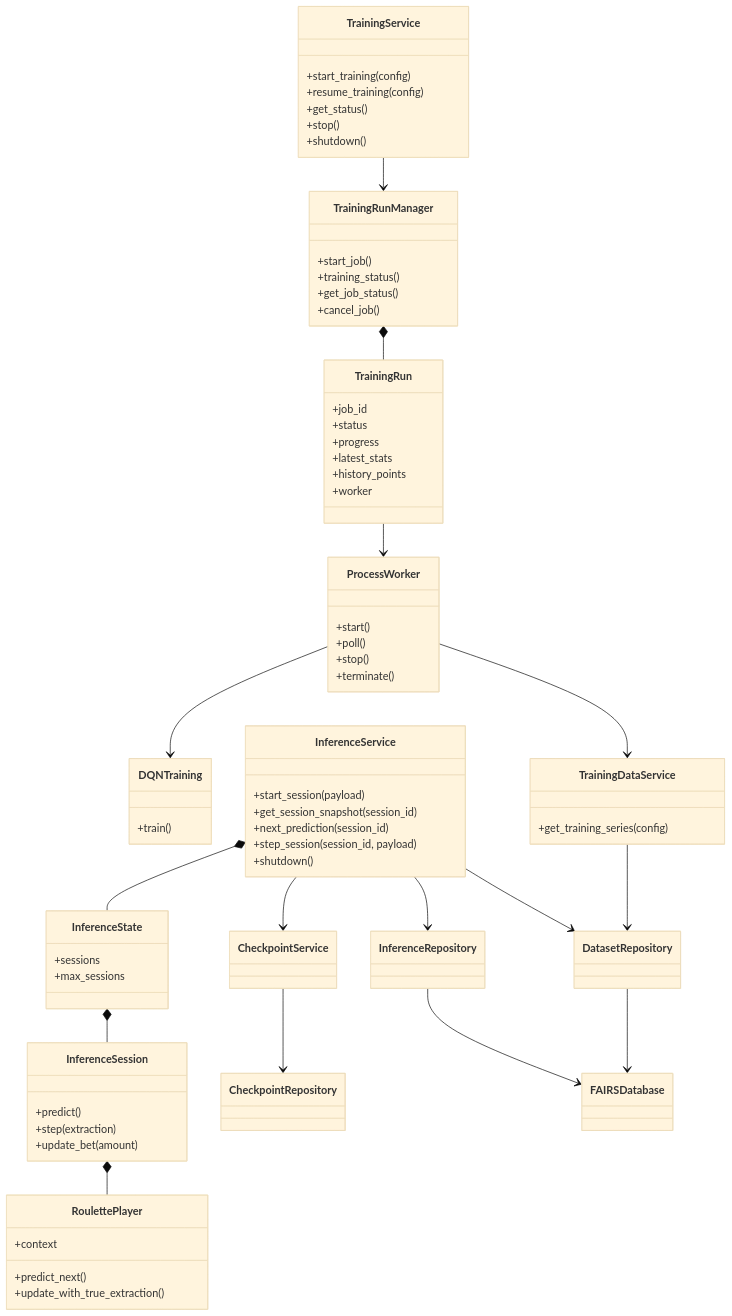
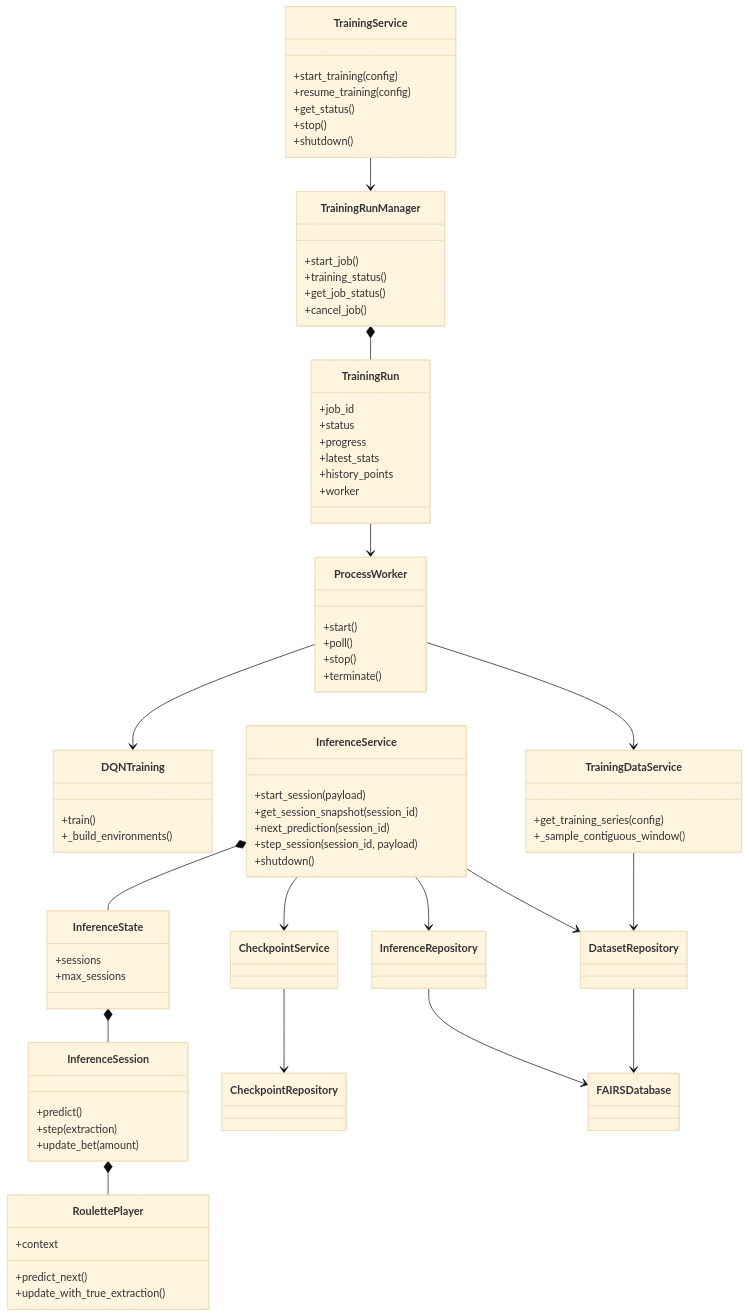
The fourth of 4 diagrams in assets/docs/architecture/execution_and_data_flow.md (CTCycle/FAIRS-Roulette-Player), drawn with Mermaid (base theme) before and after one commit. The commit also changed other lines of this file, not shown here.

Commit message:
docs: update training and inference data flow

````diff
--- a/assets/docs/architecture/execution_and_data_flow.md
+++ b/assets/docs/architecture/execution_and_data_flow.md
@@ -163,78 +174,80 @@
 ```mermaid
 classDiagram
     class TrainingService {
         +start_training(config)
         +resume_training(config)
         +get_status()
         +stop()
         +shutdown()
     }
     class TrainingRunManager {
         +start_job()
         +training_status()
         +get_job_status()
         +cancel_job()
     }
     class TrainingRun {
         +job_id
         +status
         +progress
         +latest_stats
         +history_points
         +worker
     }
     class ProcessWorker {
         +start()
         +poll()
         +stop()
         +terminate()
     }
     class DQNTraining {
         +train()
+        +_build_environments()
     }
     class TrainingDataService {
         +get_training_series(config)
+        +_sample_contiguous_window()
     }
     class InferenceService {
         +start_session(payload)
         +get_session_snapshot(session_id)
         +next_prediction(session_id)
         +step_session(session_id, payload)
         +shutdown()
     }
     class InferenceState {
         +sessions
         +max_sessions
     }
     class InferenceSession {
         +predict()
         +step(extraction)
         +update_bet(amount)
     }
     class RoulettePlayer {
         +context
         +predict_next()
         +update_with_true_extraction()
     }
     class CheckpointService
     class CheckpointRepository
     class DatasetRepository
     class InferenceRepository
     class FAIRSDatabase
 
     TrainingService --> TrainingRunManager
     TrainingRunManager *-- TrainingRun
     TrainingRun --> ProcessWorker
     ProcessWorker --> DQNTraining
     ProcessWorker --> TrainingDataService
     TrainingDataService --> DatasetRepository
     InferenceService *-- InferenceState
     InferenceState *-- InferenceSession
     InferenceSession *-- RoulettePlayer
     InferenceService --> CheckpointService
     InferenceService --> DatasetRepository
     InferenceService --> InferenceRepository
     CheckpointService --> CheckpointRepository
     DatasetRepository --> FAIRSDatabase
     InferenceRepository --> FAIRSDatabase
 ```
````
